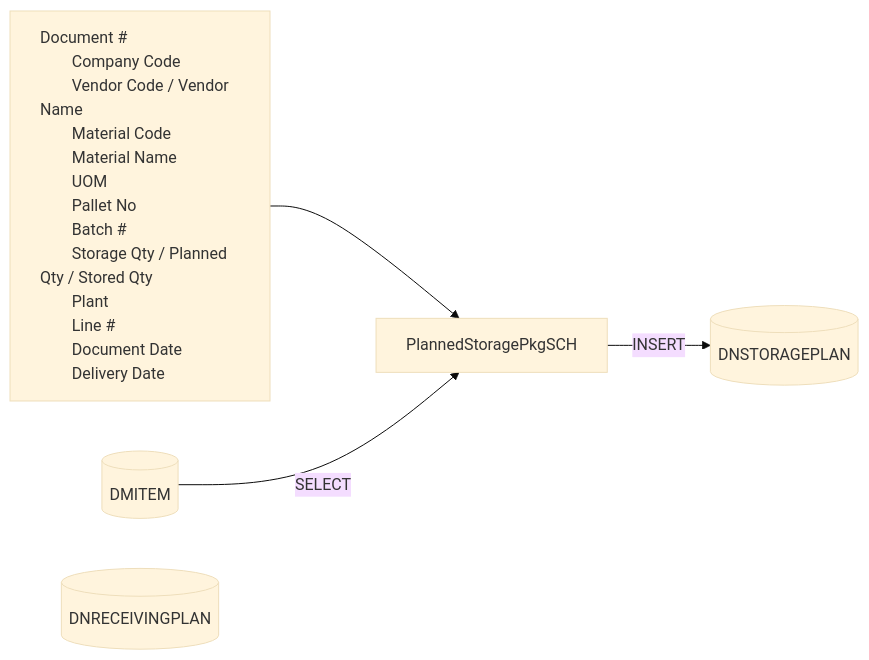
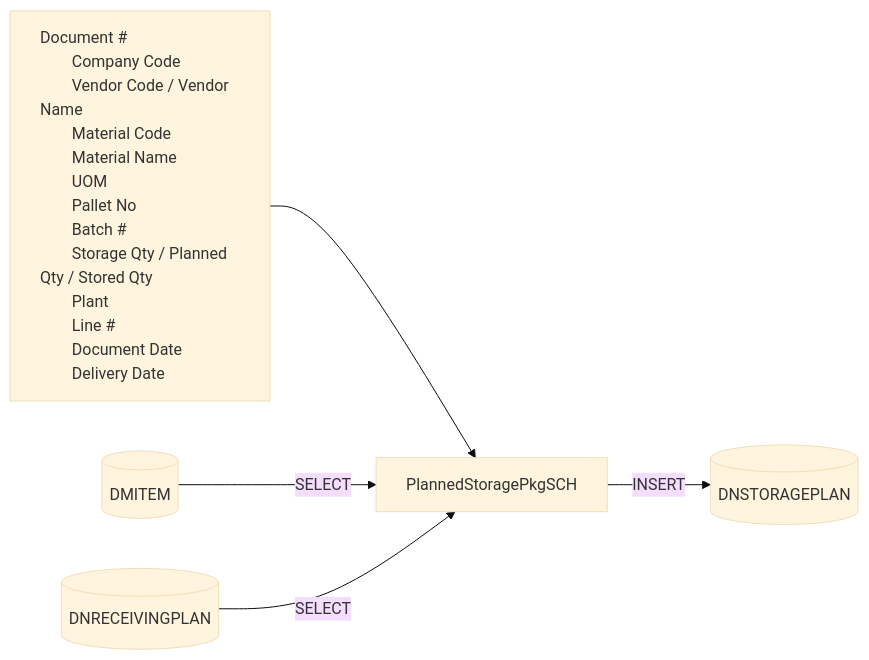
Before and after one commit to luthfiadityaa/SimeDarby-Wiki: the first of 2 diagrams in Basic-Design/DFD-WMS/Storage/[SCREEN-ONLY]-Planned-Storage-Packaging-Material.md, drawn with Mermaid (base theme).

Commit message:
Updated [SCREEN ONLY] Planned Storage Packaging Material

```diff
--- a/Basic-Design/DFD-WMS/Storage/[SCREEN-ONLY]-Planned-Storage-Packaging-Material.md
+++ b/Basic-Design/DFD-WMS/Storage/[SCREEN-ONLY]-Planned-Storage-Packaging-Material.md
@@ -35,37 +35,38 @@
 ::: mermaid
 flowchart LR
     input[
         Document #
         Company Code
         Vendor Code / Vendor Name
         Material Code
         Material Name
         UOM
         Pallet No        
         Batch #
         Storage Qty / Planned Qty / Stored Qty        
         Plant
         Line #
         Document Date
         Delivery Date
     ]
 
     tableList-select[("
         DMITEM
     ")]
 
     tableList-select2[("
         DNRECEIVINGPLAN
     ")]
 
     tableList-insert[("
         DNSTORAGEPLAN
     ")]
 
     className[PlannedStoragePkgSCH]
 
     input --> className--> |INSERT| tableList-insert
     tableList-select--> |SELECT| className 
+    tableList-select2--> |SELECT| className 
 
     style input text-align:left
 :::
```
